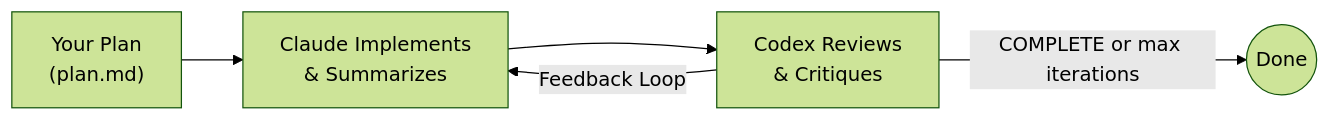
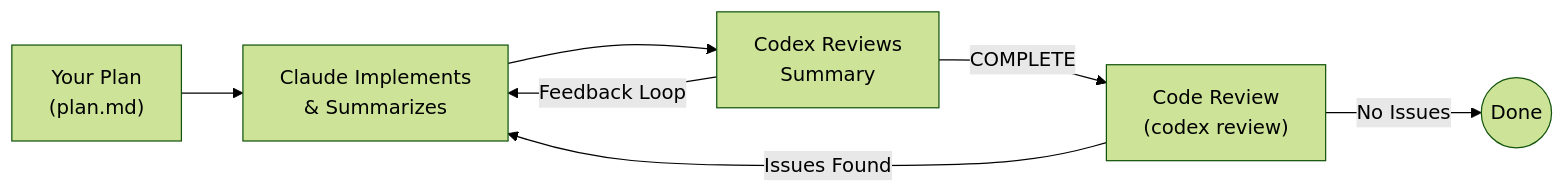
Before and after one commit to LukeLIN-web/humanize: the diagram in README.md, drawn with Mermaid (forest theme). The commit also changed other lines of this file and 25 other files, not shown here.

First line of the commit message:
Add code review phase and enhance gen-plan workflow (v1.5.0) (#22)

````diff
--- a/README.md
+++ b/README.md
@@ -60,7 +60,9 @@
 ```mermaid
 flowchart LR
     Plan["Your Plan<br/>(plan.md)"] --> Claude["Claude Implements<br/>& Summarizes"]
-    Claude --> Codex["Codex Reviews<br/>& Critiques"]
+    Claude --> Codex["Codex Reviews<br/>Summary"]
     Codex -->|Feedback Loop| Claude
-    Codex -->|COMPLETE or max iterations| Done((Done))
+    Codex -->|COMPLETE| Review["Code Review<br/>(codex review)"]
+    Review -->|Issues Found| Claude
+    Review -->|No Issues| Done((Done))
 ```
````
